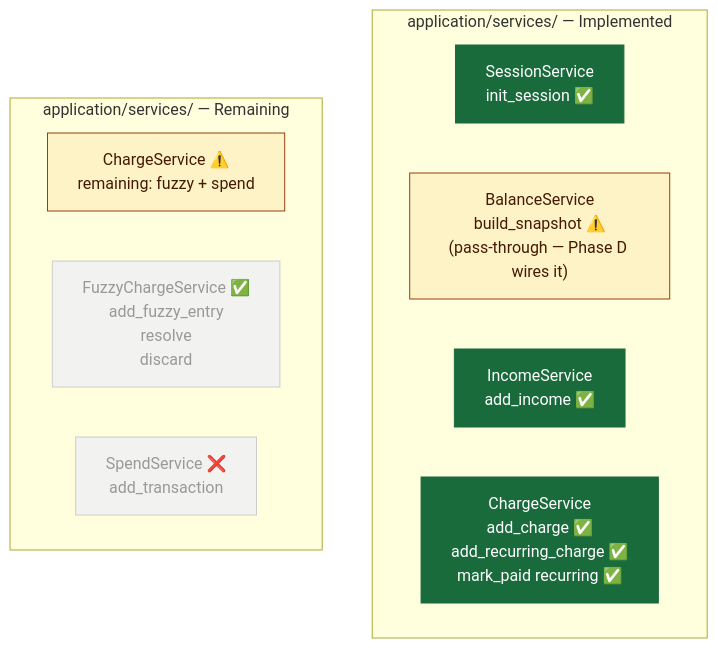
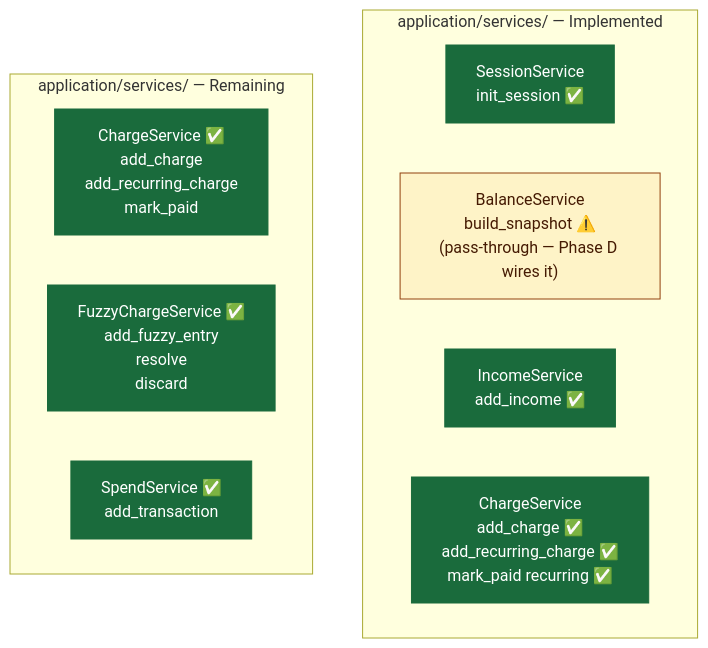
Before and after one commit to MoaminShikha/student-expense-tracker: the sixth of 25 diagrams in Docs/stage1_implementation_status.md, drawn with Mermaid. The commit also changed other lines of this file and 5 other files, not shown here.

First line of the commit message:
feat(application): implement spend lifecycle with validator-first flow

````diff
--- a/Docs/stage1_implementation_status.md
+++ b/Docs/stage1_implementation_status.md
@@ -223,23 +223,23 @@
 ```mermaid
 graph TD
     subgraph existing["application/services/ — Implemented"]
         SS["SessionService\ninit_session ✅"]
         BS["BalanceService\nbuild_snapshot ⚠️\n(pass-through — Phase D wires it)"]
         IS["IncomeService\nadd_income ✅"]
         CS1["ChargeService\nadd_charge ✅\nadd_recurring_charge ✅\nmark_paid recurring ✅"]
     end
 
     subgraph missing["application/services/ — Remaining"]
-        CS["ChargeService ⚠️\nremaining: fuzzy + spend"]
+        CS["ChargeService ✅\nadd_charge\nadd_recurring_charge\nmark_paid"]
         FS["FuzzyChargeService ✅\nadd_fuzzy_entry\nresolve\ndiscard"]
-        SP["SpendService ❌\nadd_transaction"]
+        SP["SpendService ✅\nadd_transaction"]
     end
 
     style SS fill:#1a6b3c,color:#fff,stroke:#1a6b3c
     style BS fill:#fef3c7,stroke:#92400e,color:#451a03
     style IS fill:#1a6b3c,color:#fff,stroke:#1a6b3c
     style CS1 fill:#1a6b3c,color:#fff,stroke:#1a6b3c
-    style CS fill:#fef3c7,stroke:#92400e,color:#451a03
-    style FS fill:#f2f2f0,stroke:#ccc,color:#999
-    style SP fill:#f2f2f0,stroke:#ccc,color:#999
+    style CS fill:#1a6b3c,color:#fff,stroke:#1a6b3c
+    style FS fill:#1a6b3c,color:#fff,stroke:#1a6b3c
+    style SP fill:#1a6b3c,color:#fff,stroke:#1a6b3c
 ```
````
